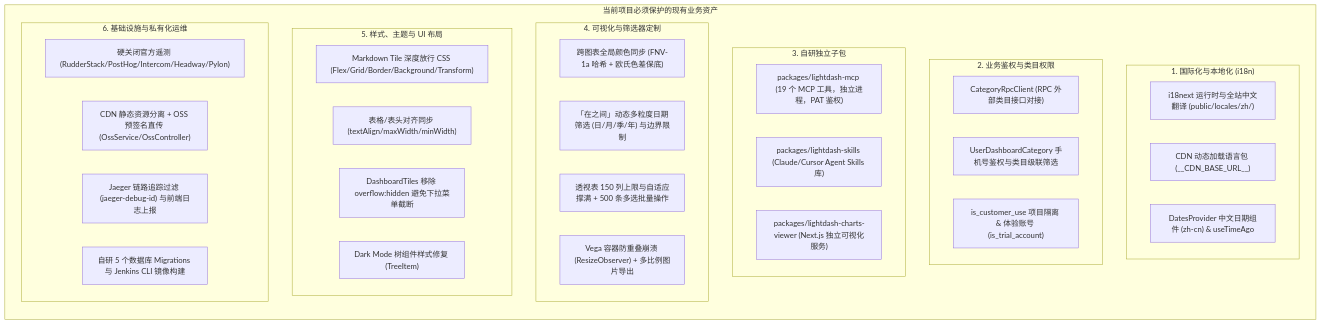
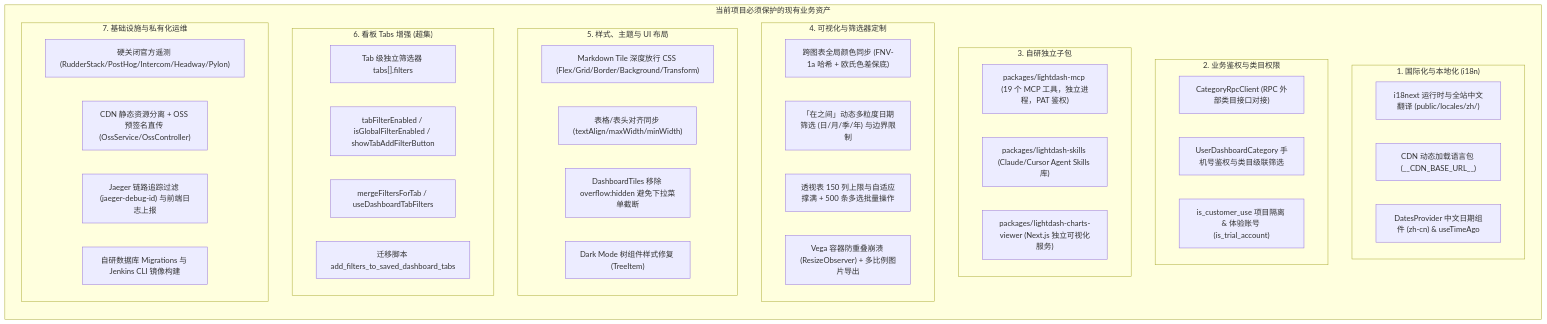
One commit to winwin-inc/lightdash-i18n changed the third of 4 diagrams in docs/v2-upgrade-and-migration-guide.md. Above: the diagram before and after it, drawn with Mermaid. The commit also changed other lines of this file, not shown here.

Commit message:
docs: 更新 Lightdash 2.x 功能正向迁移与集成实施指南，增加看板 Tabs 增强和关键风险分析

````diff
--- a/docs/v2-upgrade-and-migration-guide.md
+++ b/docs/v2-upgrade-and-migration-guide.md
@@ -129,45 +136,52 @@
 ```mermaid
 flowchart TB
     subgraph ProtectedAssets ["当前项目必须保护的现有业务资产"]
         direction TB
 
         subgraph PA_1 ["1. 国际化与本地化 (i18n)"]
             A1["i18next 运行时与全站中文翻译 (public/locales/zh/)"]
             A2["CDN 动态加载语言包 (__CDN_BASE_URL__)"]
             A3["DatesProvider 中文日期组件 (zh-cn) & useTimeAgo"]
         end
 
         subgraph PA_2 ["2. 业务鉴权与类目权限"]
             B1["CategoryRpcClient (RPC 外部类目接口对接)"]
             B2["UserDashboardCategory 手机号鉴权与类目级联筛选"]
             B3["is_customer_use 项目隔离 & 体验账号 (is_trial_account)"]
         end
 
         subgraph PA_3 ["3. 自研独立子包"]
             C1["packages/lightdash-mcp (19 个 MCP 工具，独立进程，PAT 鉴权)"]
             C2["packages/lightdash-skills (Claude/Cursor Agent Skills 库)"]
             C3["packages/lightdash-charts-viewer (Next.js 独立可视化服务)"]
         end
 
         subgraph PA_4 ["4. 可视化与筛选器定制"]
             D1["跨图表全局颜色同步 (FNV-1a 哈希 + 欧氏色差保底)"]
             D2["「在之间」动态多粒度日期筛选 (日/月/季/年) 与边界限制"]
             D3["透视表 150 列上限与自适应撑满 + 500 条多选批量操作"]
             D4["Vega 容器防重叠崩溃 (ResizeObserver) + 多比例图片导出"]
         end
 
         subgraph PA_5 ["5. 样式、主题与 UI 布局"]
             E1["Markdown Tile 深度放行 CSS (Flex/Grid/Border/Background/Transform)"]
             E2["表格/表头对齐同步 (textAlign/maxWidth/minWidth)"]
             E3["DashboardTiles 移除 overflow:hidden 避免下拉菜单截断"]
             E4["Dark Mode 树组件样式修复 (TreeItem)"]
         end
 
-        subgraph PA_6 ["6. 基础设施与私有化运维"]
+        subgraph PA_6 ["6. 看板 Tabs 增强 (超集)"]
+            T1["Tab 级独立筛选器 tabs[].filters"]
+            T2["tabFilterEnabled / isGlobalFilterEnabled / showTabAddFilterButton"]
+            T3["mergeFiltersForTab / useDashboardTabFilters"]
+            T4["迁移脚本 add_filters_to_saved_dashboard_tabs"]
+        end
+
+        subgraph PA_7 ["7. 基础设施与私有化运维"]
             G1["硬关闭官方遥测 (RudderStack/PostHog/Intercom/Headway/Pylon)"]
             G2["CDN 静态资源分离 + OSS 预签名直传 (OssService/OssController)"]
             G3["Jaeger 链路追踪过滤 (jaeger-debug-id) 与前端日志上报"]
-            G4["自研 5 个数据库 Migrations 与 Jenkins CLI 镜像构建"]
+            G4["自研数据库 Migrations 与 Jenkins CLI 镜像构建"]
         end
     end
 ```
````
